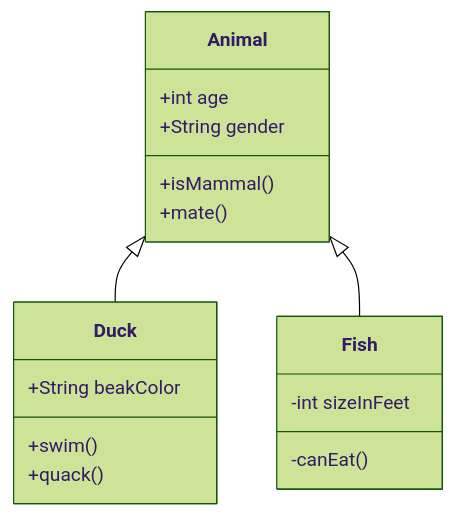
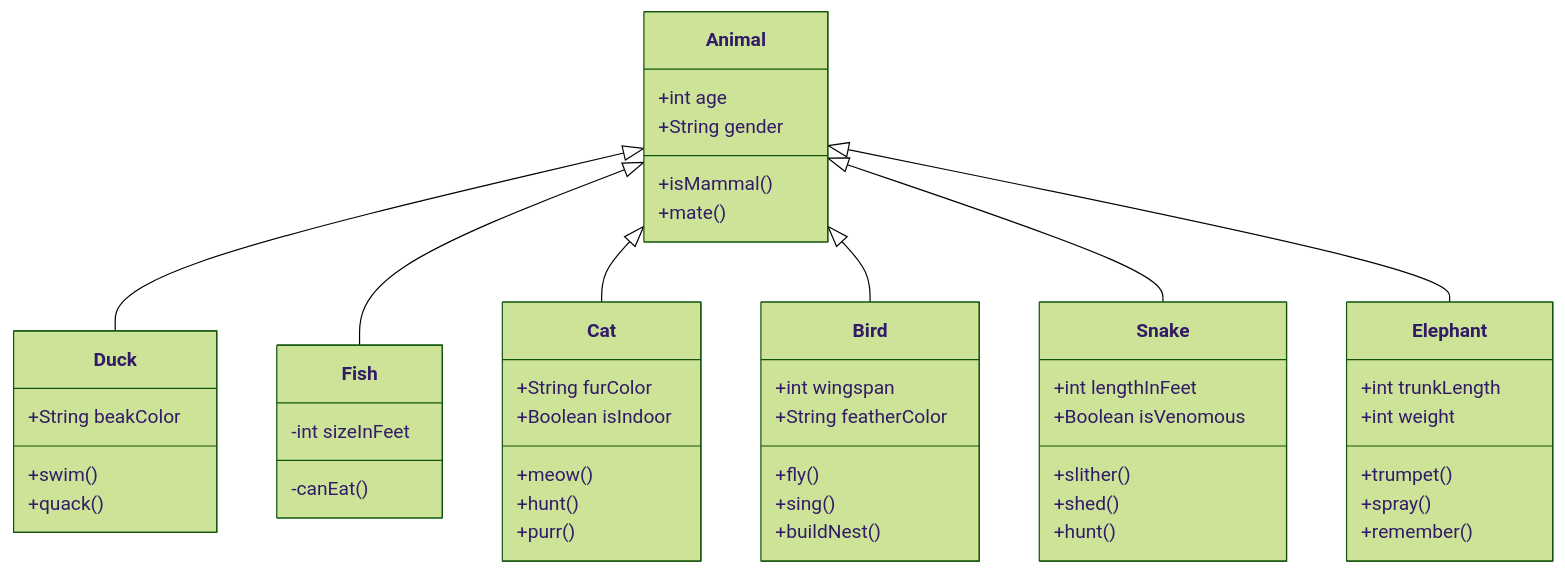
The diagram in class.mmd (TejasK-heap/TestReo), drawn with Mermaid (forest theme) before and after one commit.

Commit message:
Add Cat, Bird, Snake, and Elephant subclasses to Animal hierarchy
- Add Cat class with furColor, isIndoor properties and meow, hunt, purr methods
- Add Bird class with wingspan, featherColor properties and fly, sing, buildNest methods
- Add Snake class with lengthInFeet, isVenomous properties and slither, shed, hunt methods
- Add Elephant class with trunkLength, weight properties and trumpet, spray, remember methods
- Maintain inheritance from Animal base class for all new subclasses

```diff
--- a/class.mmd
+++ b/class.mmd
@@ -1,16 +1,48 @@
 classDiagram
     Animal <|-- Duck
     Animal <|-- Fish
+    Animal <|-- Cat
+    Animal <|-- Bird
+    Animal <|-- Snake
+    Animal <|-- Elephant
     Animal : +int age
     Animal : +String gender
     Animal: +isMammal()
     Animal: +mate()
     class Duck{
       +String beakColor
       +swim()
       +quack()
     }
     class Fish{
       -int sizeInFeet
       -canEat()
     }
+    class Cat{
+      +String furColor
+      +Boolean isIndoor
+      +meow()
+      +hunt()
+      +purr()
+    }
+    class Bird{
+      +int wingspan
+      +String featherColor
+      +fly()
+      +sing()
+      +buildNest()
+    }
+    class Snake{
+      +int lengthInFeet
+      +Boolean isVenomous
+      +slither()
+      +shed()
+      +hunt()
+    }
+    class Elephant{
+      +int trunkLength
+      +int weight
+      +trumpet()
+      +spray()
+      +remember()
+    }
```
